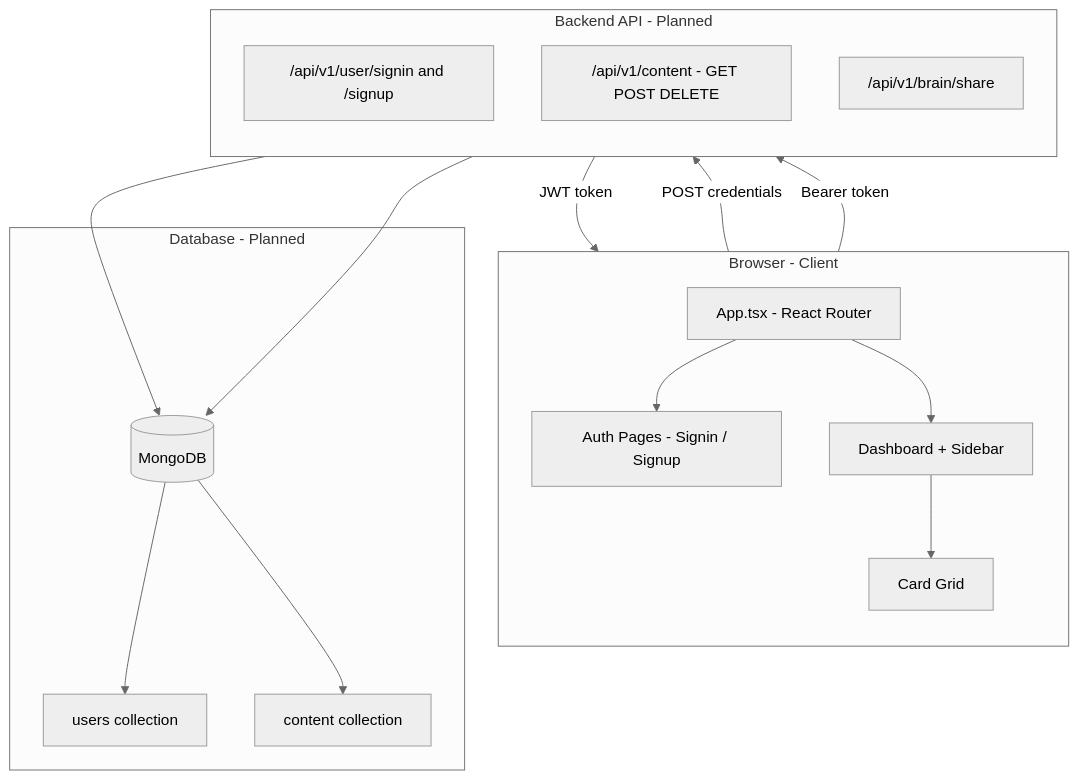
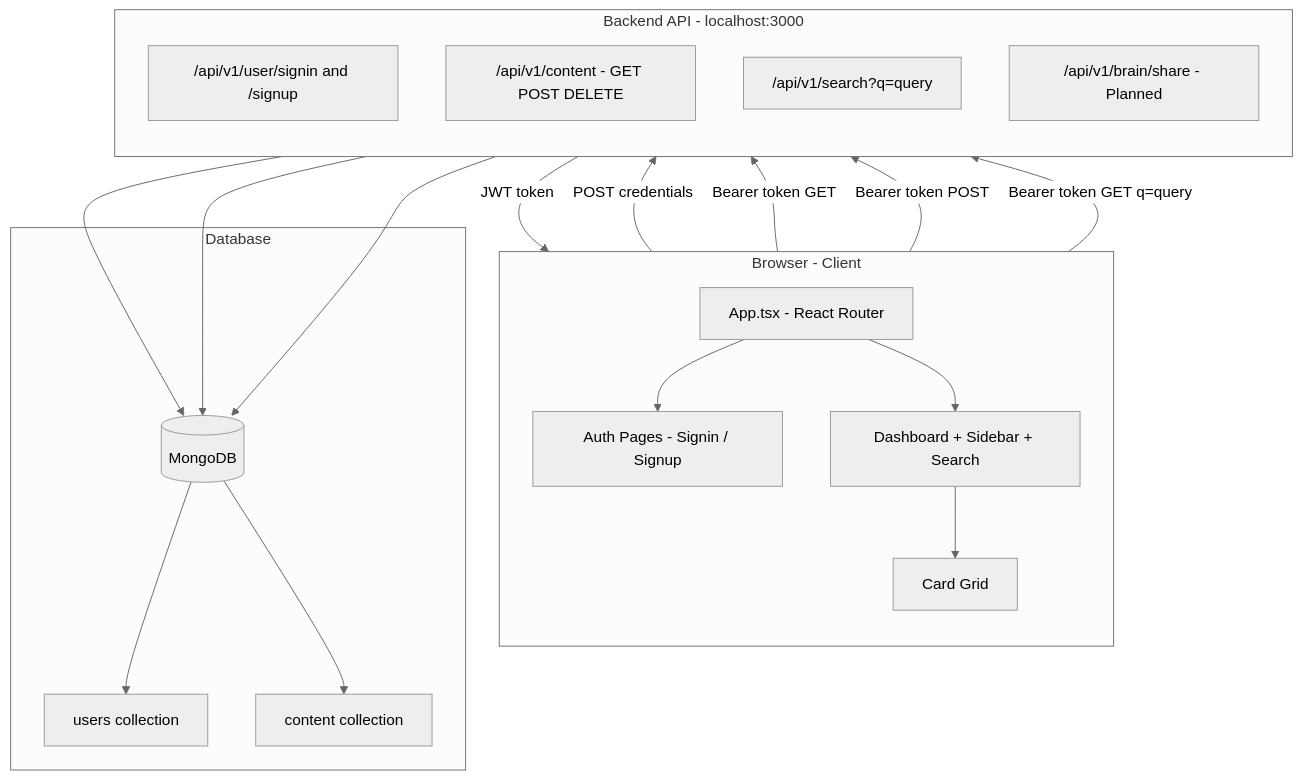
Before and after one commit to adityasrivastava19/brainly-frontend: the eighth of 8 diagrams in README.md, drawn with Mermaid (neutral theme). The commit also changed other lines of this file and 6 other files, not shown here.

````diff
--- a/README.md
+++ b/README.md
@@ -254,34 +289,38 @@
 ```mermaid
 graph TB
     subgraph Browser["Browser - Client"]
         direction TB
         App2["App.tsx - React Router"]
         Auth2["Auth Pages - Signin / Signup"]
-        Dash2["Dashboard + Sidebar"]
+        Dash2["Dashboard + Sidebar + Search"]
         Cards2["Card Grid"]
     end
 
-    subgraph API["Backend API - Planned"]
+    subgraph API["Backend API - localhost:3000"]
         direction TB
         AuthRoute["/api/v1/user/signin and /signup"]
         ContentRoute["/api/v1/content - GET POST DELETE"]
-        ShareRoute["/api/v1/brain/share"]
+        SearchRoute["/api/v1/search?q=query"]
+        ShareRoute["/api/v1/brain/share - Planned"]
     end
 
-    subgraph DB["Database - Planned"]
+    subgraph DB["Database"]
         Mongo[(MongoDB)]
         UserCol["users collection"]
         ContentCol["content collection"]
     end
 
     Auth2 -->|POST credentials| AuthRoute
     AuthRoute -->|JWT token| Auth2
-    Dash2 -->|Bearer token| ContentRoute
+    Dash2 -->|Bearer token GET| ContentRoute
+    Dash2 -->|Bearer token POST| ContentRoute
+    Dash2 -->|Bearer token GET q=query| SearchRoute
     ContentRoute --> Mongo
+    SearchRoute --> Mongo
     Mongo --> UserCol
     Mongo --> ContentCol
     ShareRoute --> Mongo
     App2 --> Auth2
     App2 --> Dash2
     Dash2 --> Cards2
 ```
````
